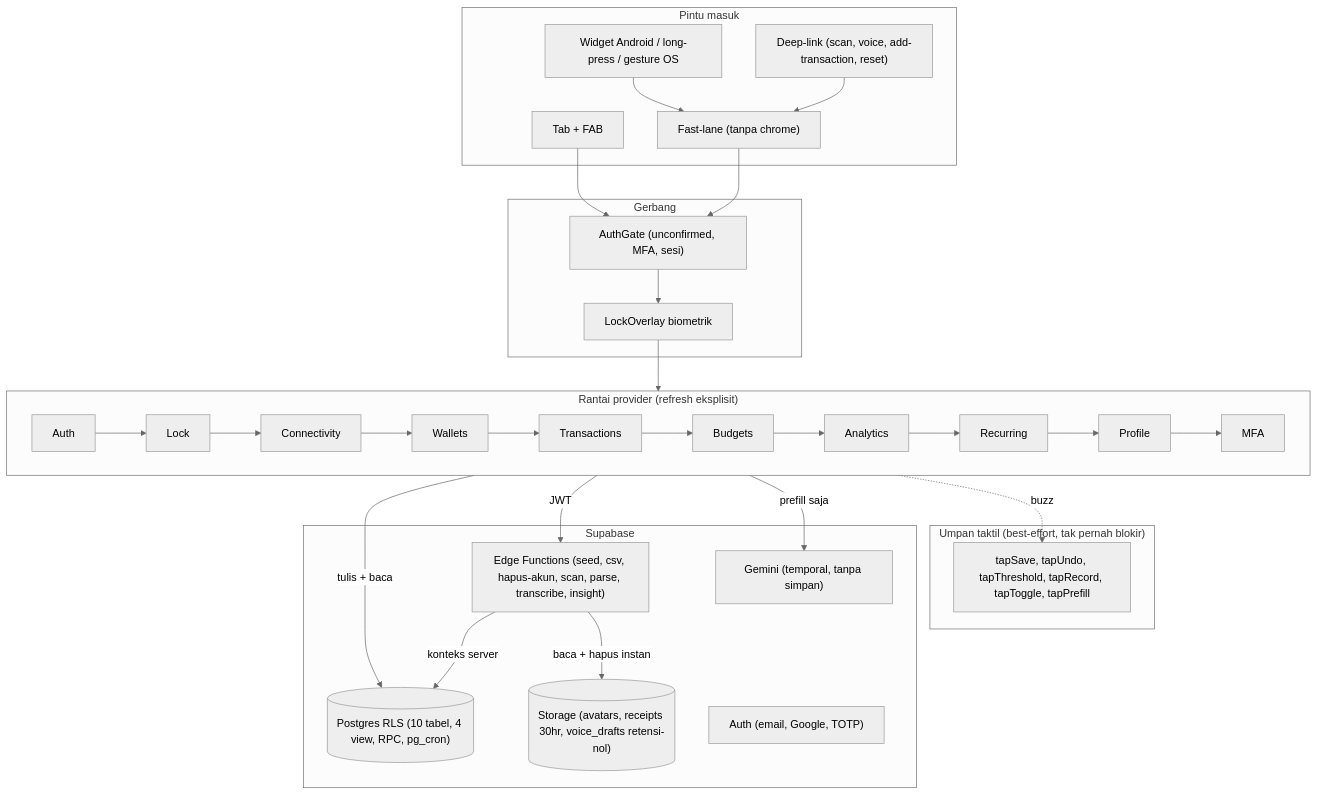
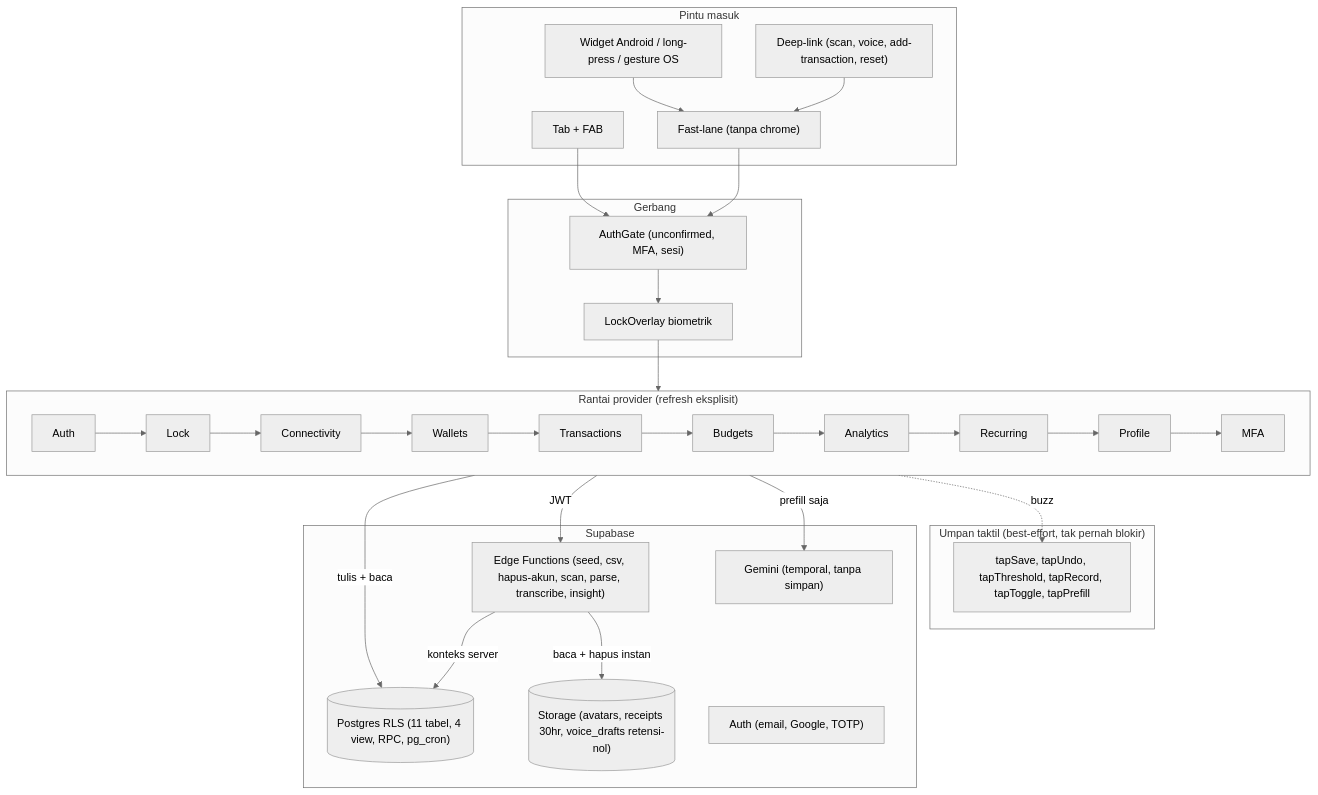
The diagram in README.md (Callmerev95/Cashtrix), drawn with Mermaid (neutral theme) before and after one commit. The commit also changed other lines of this file and 38 other files, not shown here.

````diff
--- a/README.md
+++ b/README.md
@@ -344,37 +345,37 @@
 ```mermaid
 flowchart TB
     subgraph Entry["Pintu masuk"]
         Tabs["Tab + FAB"]
         FastLane["Fast-lane (tanpa chrome)"]
         Widget["Widget Android / long-press / gesture OS"]
         DeepLink["Deep-link (scan, voice, add-transaction, reset)"]
     end
     subgraph Gate["Gerbang"]
         AuthGate["AuthGate (unconfirmed, MFA, sesi)"]
         LockOverlay["LockOverlay biometrik"]
     end
     subgraph Providers["Rantai provider (refresh eksplisit)"]
         Auth["Auth"] --> Lock["Lock"] --> Conn["Connectivity"] --> Wal["Wallets"] --> Trx["Transactions"] --> Bud["Budgets"] --> Ana["Analytics"] --> Rec["Recurring"] --> Pro["Profile"] --> Mfa["MFA"]
     end
     subgraph UX["Umpan taktil (best-effort, tak pernah blokir)"]
         Hap["tapSave, tapUndo, tapThreshold, tapRecord, tapToggle, tapPrefill"]
     end
     subgraph Server["Supabase"]
-        PG[("Postgres RLS (10 tabel, 4 view, RPC, pg_cron)")]
+        PG[("Postgres RLS (11 tabel, 4 view, RPC, pg_cron)")]
         Edge["Edge Functions (seed, csv, hapus-akun, scan, parse, transcribe, insight)"]
         Sto[("Storage (avatars, receipts 30hr, voice_drafts retensi-nol)")]
         AuthS["Auth (email, Google, TOTP)"]
         Gem["Gemini (temporal, tanpa simpan)"]
     end
     Widget --> FastLane
     DeepLink --> FastLane
     Tabs --> AuthGate
     FastLane --> AuthGate
     AuthGate --> LockOverlay --> Providers
     Providers -->|tulis + baca| PG
     Providers -->|JWT| Edge
     Providers -->|prefill saja| Gem
     Edge -->|konteks server| PG
     Edge -->|baca + hapus instan| Sto
     Providers -.->|buzz| Hap
 ```
````
